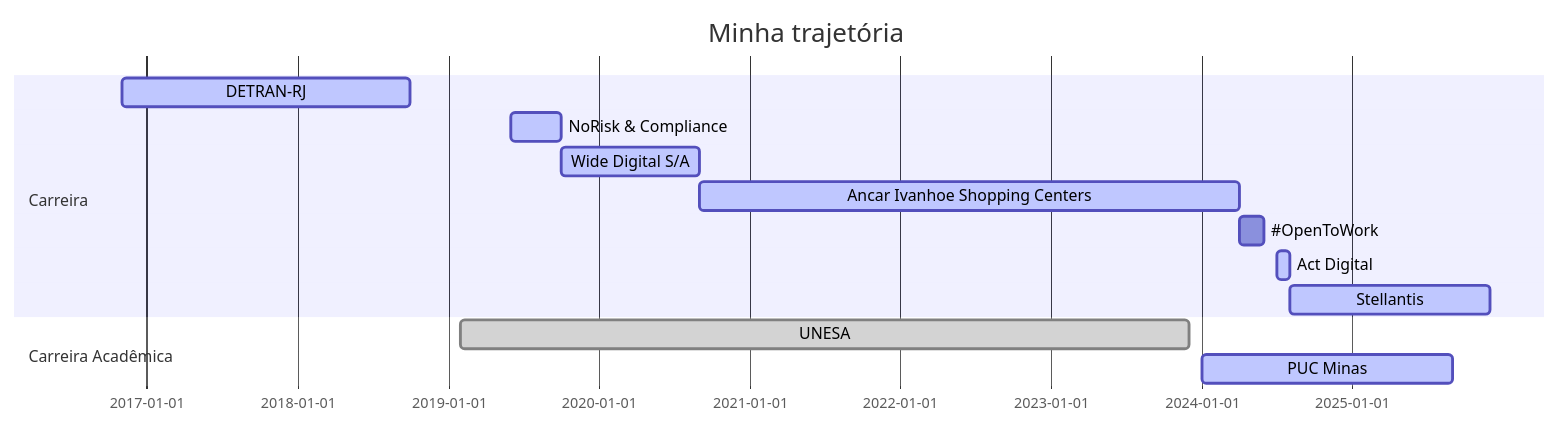
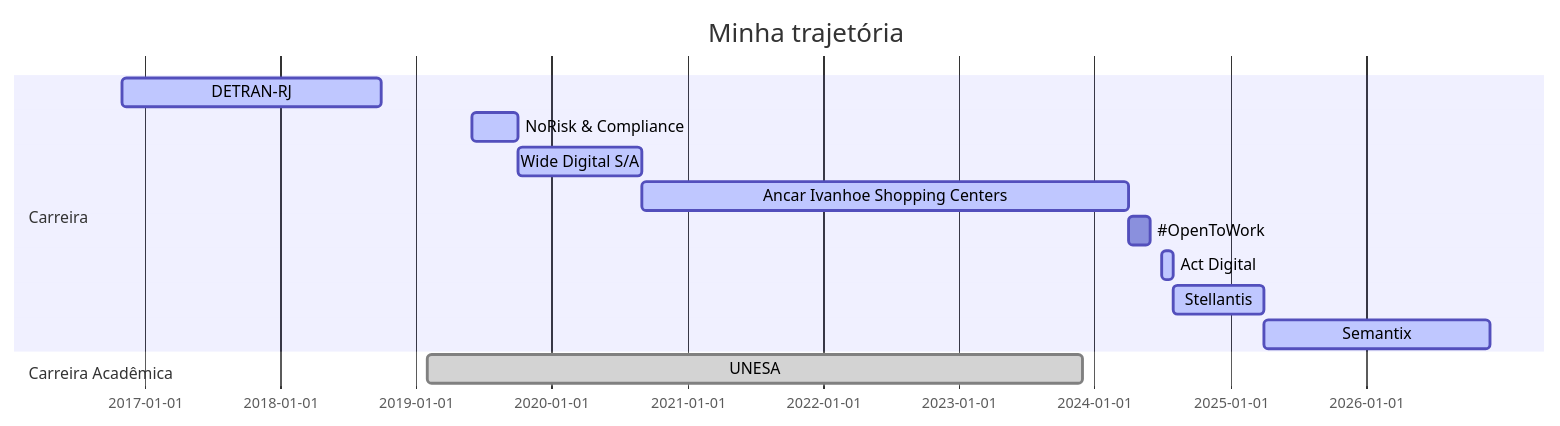
One commit to carlosr-henriques/carlosr-henriques changed the diagram in README.md. Above: the diagram before and after it, drawn with Mermaid.

Commit message:
Update README.md
updating my gantt

````diff
--- a/README.md
+++ b/README.md
@@ -5,19 +5,19 @@
 ```mermaid
 
 gantt
   dateFormat  YYYY-MM
   title Minha trajetória
 
   section Carreira
     DETRAN-RJ                      :active, a1, 2016-11, 2018-10
     NoRisk & Compliance            :active,, 2019-06,2019-10
     Wide Digital S/A               :active,, 2019-10,2020-09
     Ancar Ivanhoe Shopping Centers :active,, 2020-09,2024-04
     #OpenToWork :, 2024-04,2024-06
     Act Digital                    :active,, 2024-07, 2024-08
-    Stellantis                     :active,, 2024-08, 2025-12
+    Stellantis                     :active,, 2024-08, 2025-04
+    Semantix                       :active,, 2025-04, 2026-12
 
   section Carreira Acadêmica
     UNESA      :done,, 2019-02,2023-12
-    PUC Minas  :active,, 2024-01,2025-09
 ```
````
